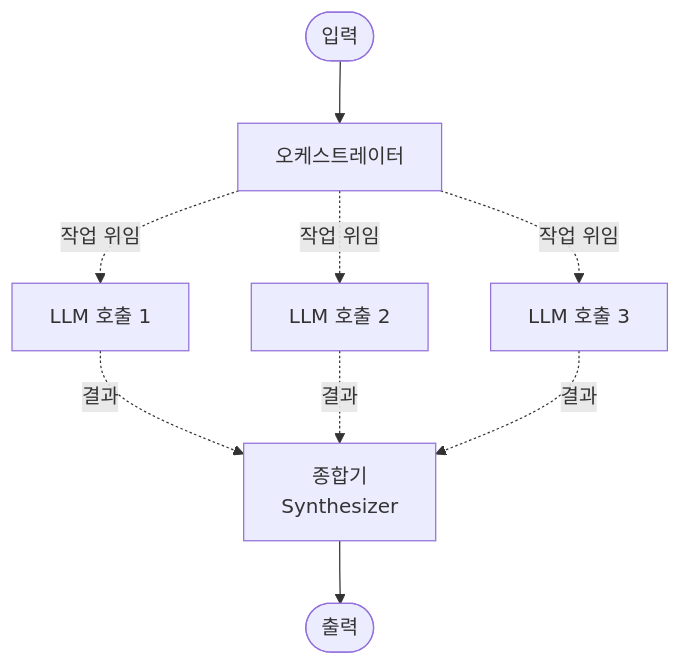
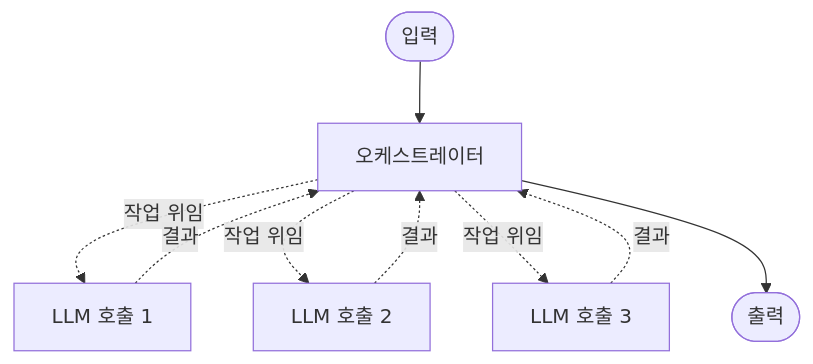
One commit to kimchanhyung98/agentic-workflows changed the first of 3 diagrams in docs/effective-agents/04-orchestrator-workers.md. Above: the diagram before and after it, drawn with Mermaid. The commit also changed other lines of this file and 8 other files, not shown here.

````diff
--- a/docs/effective-agents/04-orchestrator-workers.md
+++ b/docs/effective-agents/04-orchestrator-workers.md
@@ -26,11 +30,11 @@
 ```mermaid
 flowchart TD
     Input([입력]) --> Orch[오케스트레이터]
     Orch -. "작업 위임" .-> LLM1[LLM 호출 1]
     Orch -. "작업 위임" .-> LLM2[LLM 호출 2]
     Orch -. "작업 위임" .-> LLM3[LLM 호출 3]
-    LLM1 -. "결과" .-> Synth[종합기\nSynthesizer]
-    LLM2 -. "결과" .-> Synth
-    LLM3 -. "결과" .-> Synth
-    Synth --> Output([출력])
+    LLM1 -. "결과" .-> Orch
+    LLM2 -. "결과" .-> Orch
+    LLM3 -. "결과" .-> Orch
+    Orch --> Output([출력])
 ```
````
